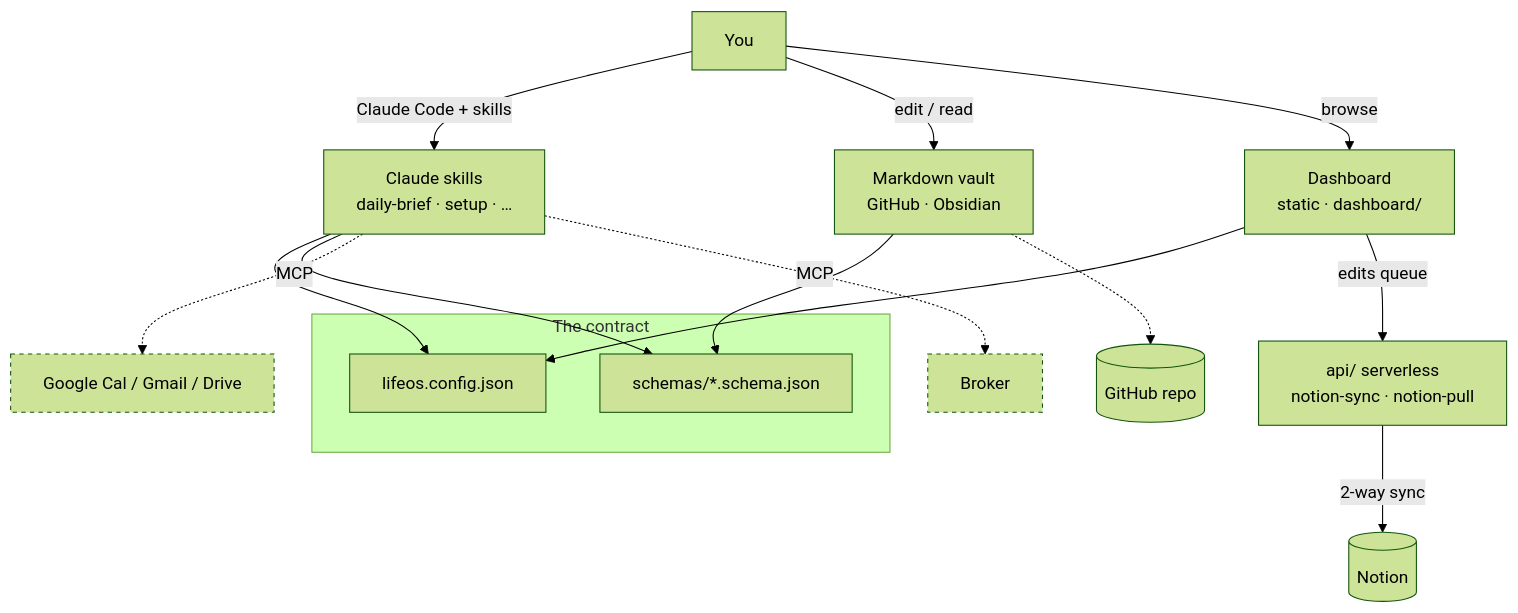
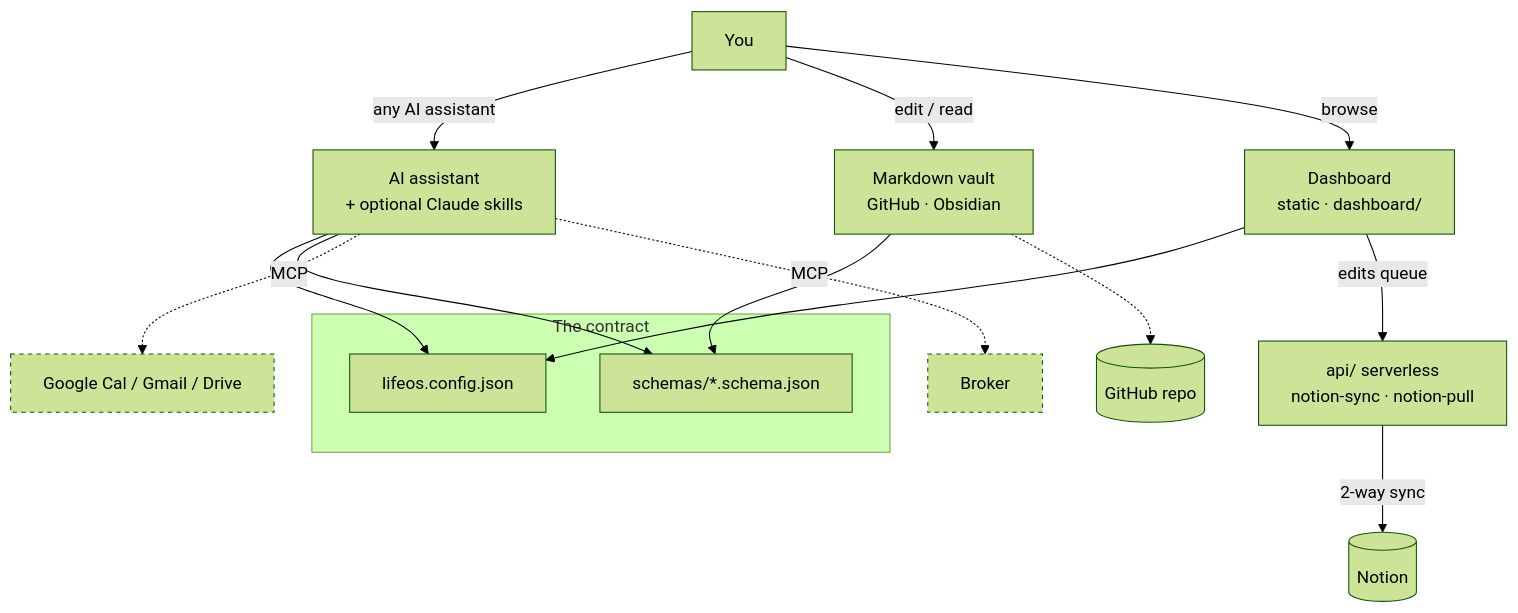
The diagram in README.md (siddath/lifeOS), drawn with Mermaid (forest theme) before and after one commit. The commit also changed other lines of this file and 17 other files, not shown here.

````diff
--- a/README.md
+++ b/README.md
@@ -70,26 +66,26 @@
 ```mermaid
 flowchart TD
-    U[You] -->|Claude Code + skills| C
+    U[You] -->|any AI assistant| C
     U -->|edit / read| V[Markdown vault<br/>GitHub · Obsidian]
     U -->|browse| D[Dashboard<br/>static · dashboard/]
 
     subgraph Contract["The contract"]
       CFG[lifeos.config.json]
       SCH[schemas/*.schema.json]
     end
 
-    C[Claude skills<br/>daily-brief · setup · …] --> CFG
+    C[AI assistant<br/>+ optional Claude skills] --> CFG
     D --> CFG
     V --> SCH
     C --> SCH
 
     D -->|edits queue| API[api/ serverless<br/>notion-sync · notion-pull]
     API -->|2-way sync| N[(Notion)]
 
     C -.MCP.-> G[Google Cal / Gmail / Drive]
     C -.MCP.-> B[Broker]
     V -.-> GH[(GitHub repo)]
 
     classDef dashed stroke-dasharray:4 4;
     class G,B dashed;
 ```
````
